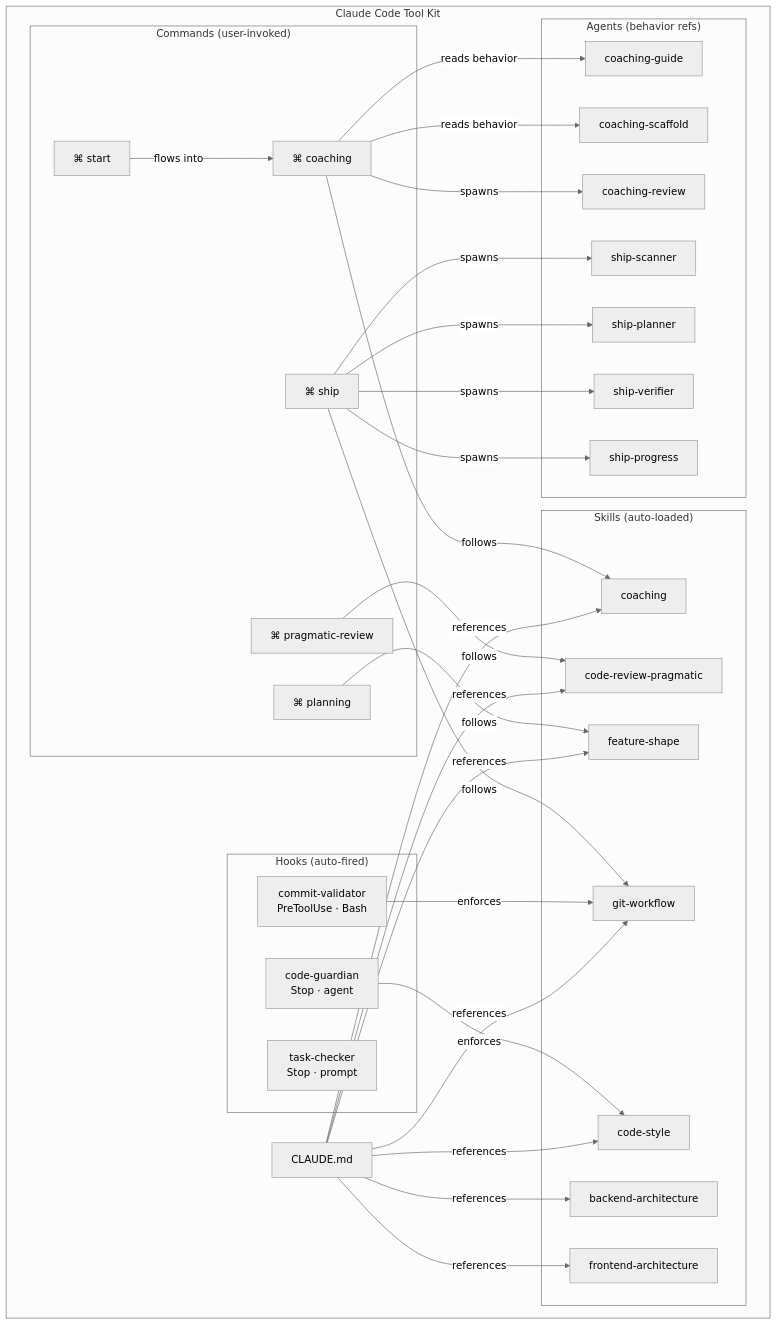
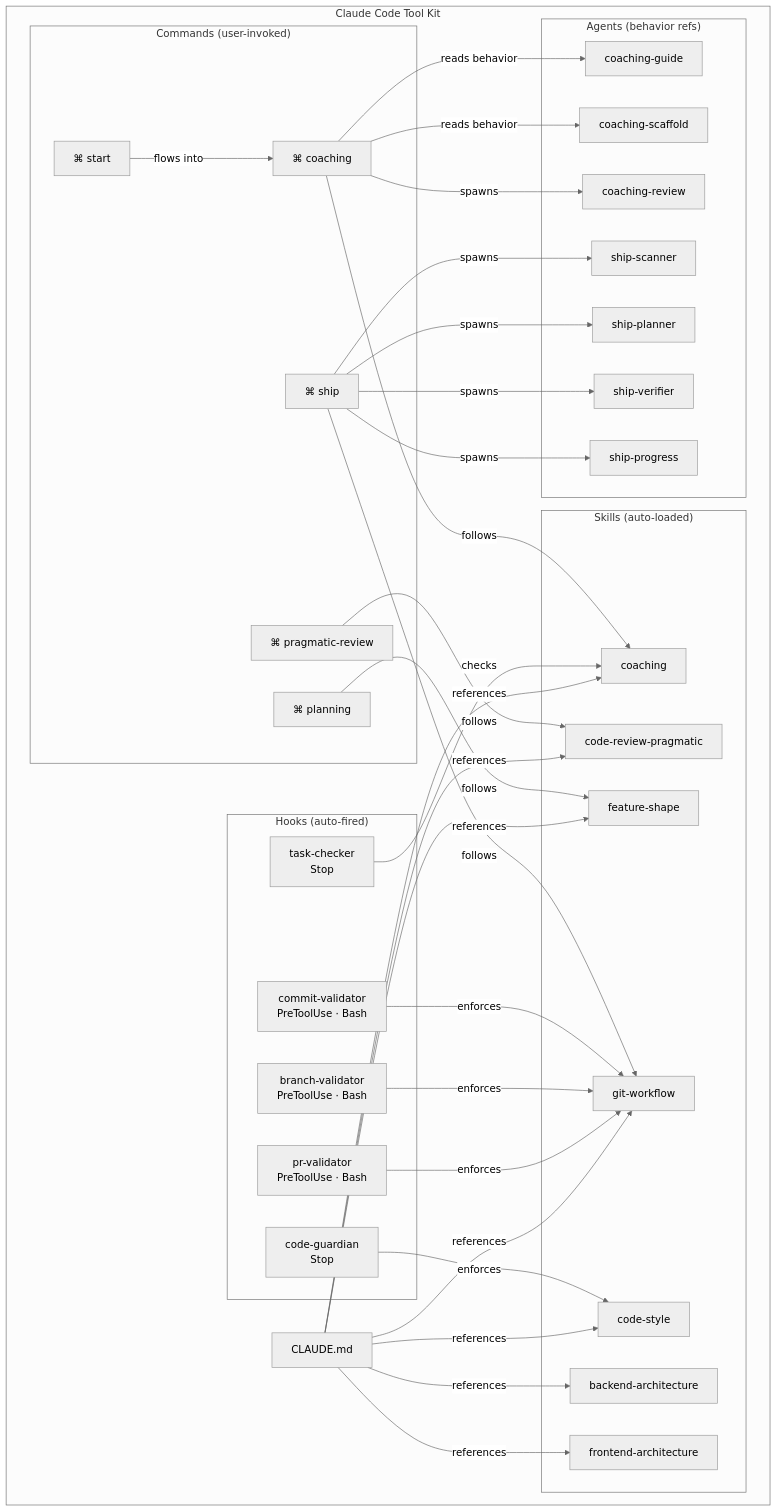
Before and after one commit to TituxMetal/claude-code-tool-kit: the first of 2 diagrams in README.md, drawn with Mermaid (neutral theme). The commit also changed other lines of this file and 1 other file, not shown here.

First line of the commit message:
docs(hooks): update docs for bun typescript hooks architecture

````diff
--- a/README.md
+++ b/README.md
@@ -90,59 +99,64 @@
 ```mermaid
 graph TB
     subgraph "Claude Code Tool Kit"
         subgraph "Skills (auto-loaded)"
             S1[backend-architecture]
             S2[frontend-architecture]
             S3[code-style]
             S4[git-workflow]
             S5[coaching]
             S6[feature-shape]
             S7[code-review-pragmatic]
         end
 
         subgraph "Commands (user-invoked)"
             C1["⌘ start"]
             C2["⌘ planning"]
             C3["⌘ coaching"]
             C4["⌘ pragmatic-review"]
             C5["⌘ ship"]
         end
 
         subgraph "Agents (behavior refs)"
             A1[coaching-guide]
             A2[coaching-scaffold]
             A3[coaching-review]
             A4[ship-scanner]
             A5[ship-planner]
             A6[ship-verifier]
             A7[ship-progress]
         end
 
         subgraph "Hooks (auto-fired)"
             H1["commit-validator<br/>PreToolUse · Bash"]
-            H2["task-checker<br/>Stop · prompt"]
-            H3["code-guardian<br/>Stop · agent"]
+            H2["branch-validator<br/>PreToolUse · Bash"]
+            H3["pr-validator<br/>PreToolUse · Bash"]
+            H4["task-checker<br/>Stop"]
+            H5["code-guardian<br/>Stop"]
         end
 
         CFG[CLAUDE.md]
     end
 
     C1 -->|"flows into"| C3
     C3 -->|"reads behavior"| A1
     C3 -->|"reads behavior"| A2
     C3 -->|"spawns"| A3
     C3 -->|"follows"| S5
     C4 -->|"follows"| S7
     C2 -->|"follows"| S6
 
     C5 -->|"spawns"| A4
     C5 -->|"spawns"| A5
     C5 -->|"spawns"| A6
     C5 -->|"spawns"| A7
     C5 -->|"follows"| S4
 
     H1 -->|"enforces"| S4
-    H3 -->|"enforces"| S3
+    H2 -->|"enforces"| S4
+    H3 -->|"enforces"| S4
+    H4 -->|"checks"| S5
+    H5 -->|"enforces"| S3
 
     CFG -->|"references"| S1 & S2 & S3 & S4 & S5 & S6 & S7
 ```
````
